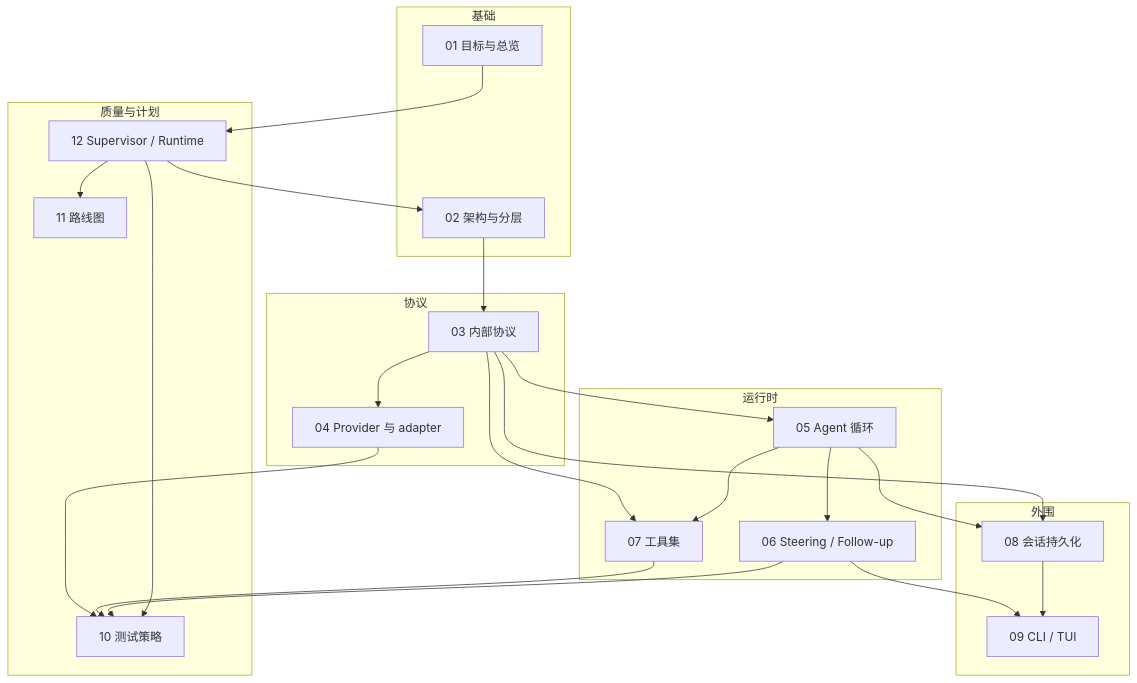
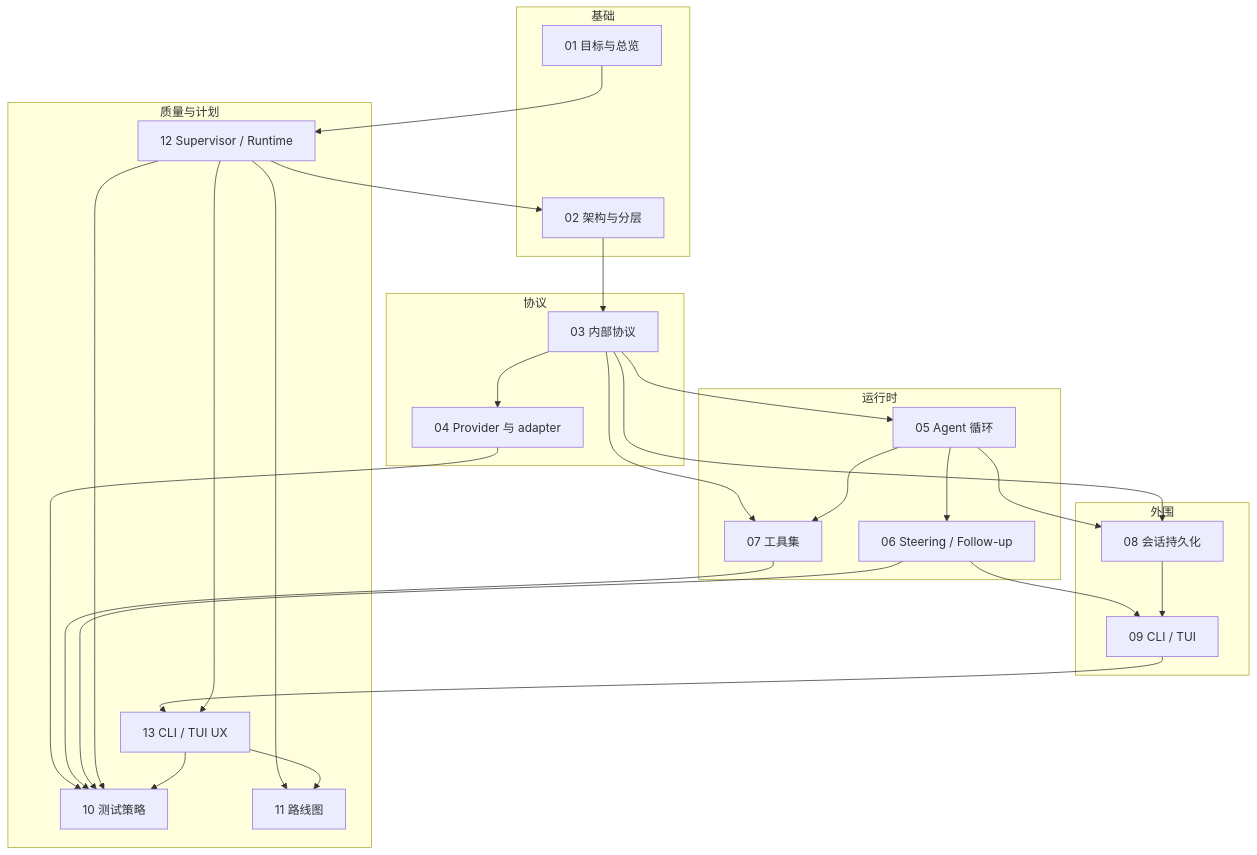
The diagram in docs/README.md (rita152/coda), drawn with Mermaid before and after one commit. The commit also changed other lines of this file and 5 other files, not shown here.

First line of the commit message:
Freeze CLI and TUI experience baseline

````diff
--- a/docs/README.md
+++ b/docs/README.md
@@ -19,43 +19,48 @@
 ```mermaid
 graph TD
   subgraph 基础
     O1[01 目标与总览]
     A2[02 架构与分层]
   end
   subgraph 协议
     P3[03 内部协议]
     PA4[04 Provider 与 adapter]
   end
   subgraph 运行时
     AL5[05 Agent 循环]
     SF6[06 Steering / Follow-up]
     T7[07 工具集]
   end
   subgraph 外围
     S8[08 会话持久化]
     C9[09 CLI / TUI]
   end
   subgraph 质量与计划
     TE10[10 测试策略]
     RM11[11 路线图]
     SR12[12 Supervisor / Runtime]
+    UX13[13 CLI / TUI UX]
   end
 
   O1 --> SR12
   SR12 --> A2
   A2 --> P3
   P3 --> PA4
   P3 --> AL5
   AL5 --> SF6
   P3 --> T7
   AL5 --> T7
   P3 --> S8
   AL5 --> S8
   SF6 --> C9
   S8 --> C9
   PA4 --> TE10
   T7 --> TE10
   SF6 --> TE10
   SR12 --> RM11
   SR12 --> TE10
+  C9 --> UX13
+  SR12 --> UX13
+  UX13 --> TE10
+  UX13 --> RM11
 ```
````
